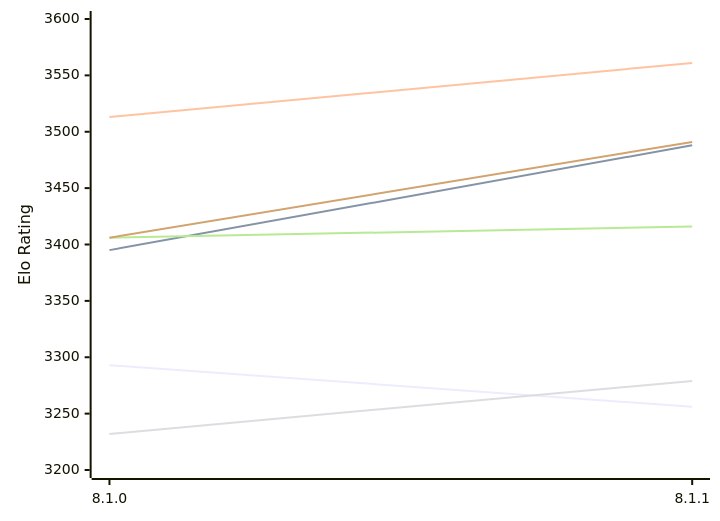
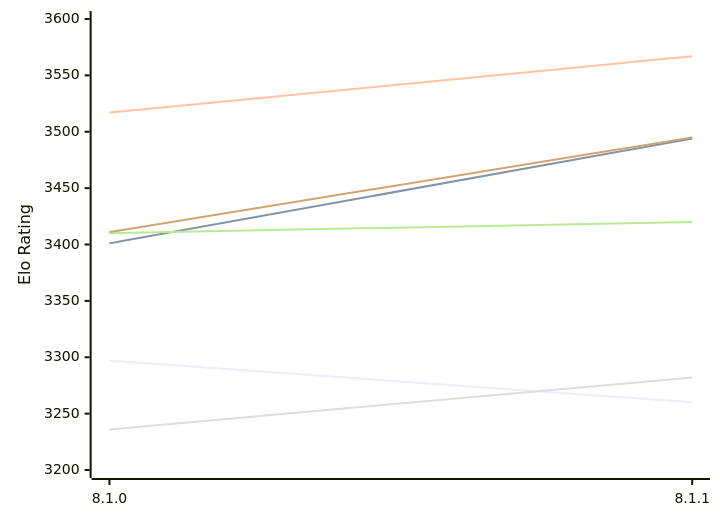
The first of 2 diagrams in engines/Velvet.md (computer-chess-index/cci), drawn with Mermaid before and after one commit. The commit also changed other lines of this file, not shown here.

Commit message:
Update CCI Ratings (ELO VLTC) - 2026-11-20

````diff
--- a/engines/Velvet.md
+++ b/engines/Velvet.md
@@ -51,12 +51,12 @@
 ```mermaid
 %%{init: {"theme":"base","themeVariables":{"seriesColors:['#a3a3a3','#222221','#faa371']}}}%%
 xychart-beta
   x-axis ["8.1.0", "8.1.1"]
   y-axis "Elo Rating" 3200 --> 3600
-  line "E1: STC (8.0+0.08s)" [3293, 3256]
-  line "E1: LTC (60.0+0.60s)" [3395, 3488]
-  line "E1: VLTC (2m24s+1.12s)" [3513, 3561]
-  line "P1: STC (8.0+0.08s)" [3232, 3279]
-  line "P1: LTC (60.0+0.60s)" [3406, 3416]
-  line "P1: VLTC (2m24s+1.12s)" [3406, 3491]
+  line "E1: STC (8.0+0.08s)" [3297, 3260]
+  line "E1: LTC (60.0+0.60s)" [3401, 3494]
+  line "E1: VLTC (2m24s+1.12s)" [3517, 3567]
+  line "P1: STC (8.0+0.08s)" [3236, 3282]
+  line "P1: LTC (60.0+0.60s)" [3410, 3420]
+  line "P1: VLTC (2m24s+1.12s)" [3411, 3495]
 ```
````
